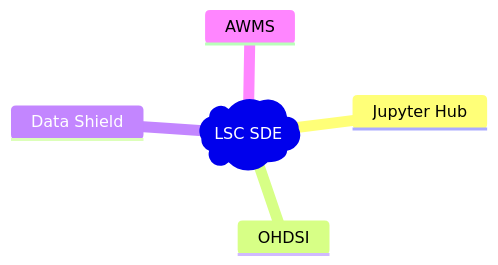
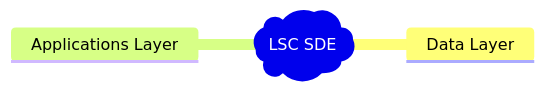
Before and after one commit to lsc-sde/lsc-sde: the first of 2 diagrams in docs/index.md, drawn with Mermaid. The commit also changed other lines of this file and 107 other files, not shown here.

````diff
--- a/docs/index.md
+++ b/docs/index.md
@@ -12,8 +13,6 @@
 ```mermaid
 mindmap
   root)LSC SDE(
-    Jupyter Hub
-    OHDSI
-    Data Shield
-    AWMS
+    Data Layer
+    Applications Layer
 ```
````
